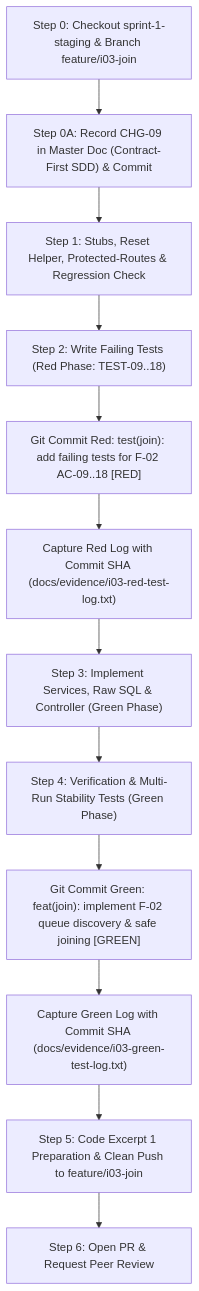
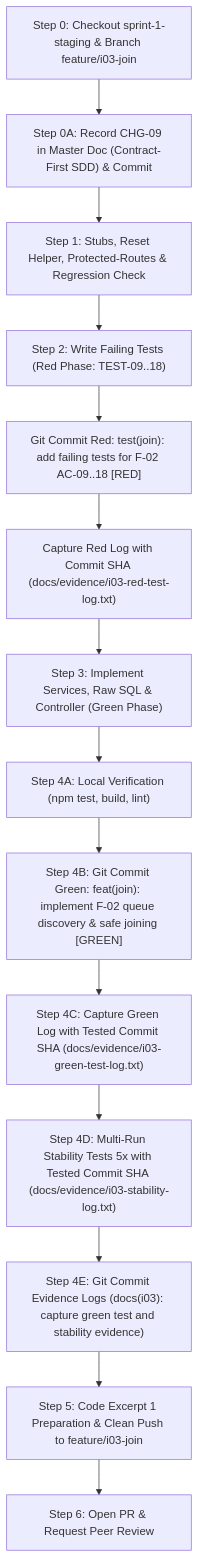
Before and after one commit to apfirst13/PopQueue_BFteam: the second of 2 diagrams in docs/sprints/sprint-1/issue-i03-join-plan.md, drawn with Mermaid. The commit also changed other lines of this file and 16 other files, not shown here.

Commit message:
test(join): add failing tests for F-02 AC-09..18 (TEST-09..18) [RED]

````diff
--- a/docs/sprints/sprint-1/issue-i03-join-plan.md
+++ b/docs/sprints/sprint-1/issue-i03-join-plan.md
@@ -299,14 +321,16 @@
 ```mermaid
 flowchart TD
     S0["Step 0: Checkout sprint-1-staging & Branch feature/i03-join"] --> S0A["Step 0A: Record CHG-09 in Master Doc (Contract-First SDD) & Commit"]
     S0A --> S1["Step 1: Stubs, Reset Helper, Protected-Routes & Regression Check"]
     S1 --> S2["Step 2: Write Failing Tests (Red Phase: TEST-09..18)"]
     S2 --> S2A["Git Commit Red: test(join): add failing tests for F-02 AC-09..18 [RED]"]
     S2A --> S2B["Capture Red Log with Commit SHA (docs/evidence/i03-red-test-log.txt)"]
     S2B --> S3["Step 3: Implement Services, Raw SQL & Controller (Green Phase)"]
-    S3 --> S4["Step 4: Verification & Multi-Run Stability Tests (Green Phase)"]
-    S4 --> S4A["Git Commit Green: feat(join): implement F-02 queue discovery & safe joining [GREEN]"]
-    S4A --> S4B["Capture Green Log with Commit SHA (docs/evidence/i03-green-test-log.txt)"]
-    S4B --> S5["Step 5: Code Excerpt 1 Preparation & Clean Push to feature/i03-join"]
+    S3 --> S4A["Step 4A: Local Verification (npm test, build, lint)"]
+    S4A --> S4B["Step 4B: Git Commit Green: feat(join): implement F-02 queue discovery & safe joining [GREEN]"]
+    S4B --> S4C["Step 4C: Capture Green Log with Tested Commit SHA (docs/evidence/i03-green-test-log.txt)"]
+    S4C --> S4D["Step 4D: Multi-Run Stability Tests 5x with Tested Commit SHA (docs/evidence/i03-stability-log.txt)"]
+    S4D --> S4E["Step 4E: Git Commit Evidence Logs (docs(i03): capture green test and stability evidence)"]
+    S4E --> S5["Step 5: Code Excerpt 1 Preparation & Clean Push to feature/i03-join"]
     S5 --> S6["Step 6: Open PR & Request Peer Review"]
 ```
````
